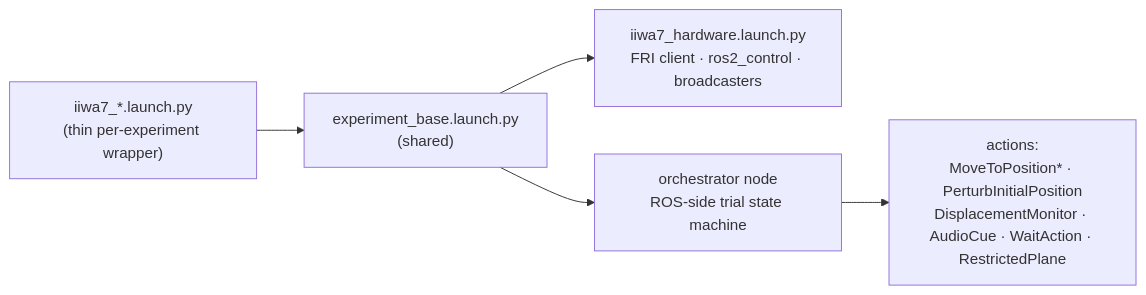
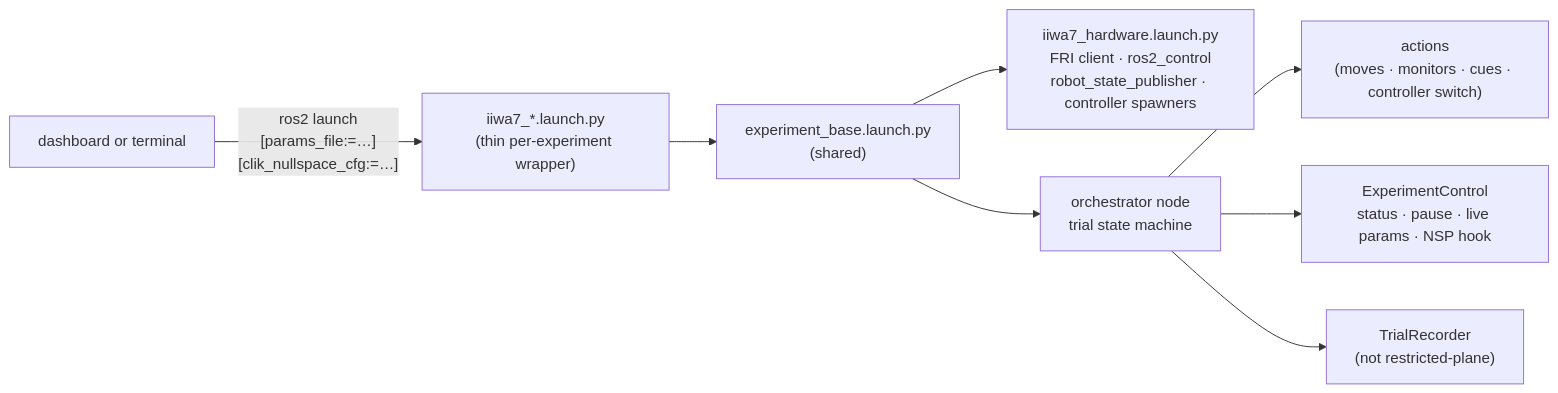
The second of 7 diagrams in README.md (sinthlab/sinthlab-kuka-stack), drawn with Mermaid before and after one commit. The commit also changed other lines of this file and 1 other file, not shown here.

````diff
--- a/README.md
+++ b/README.md
@@ -791,7 +964,10 @@
 ```mermaid
 flowchart LR
-    L["iiwa7_*.launch.py<br/>(thin per-experiment wrapper)"] --> B["experiment_base.launch.py<br/>(shared)"]
-    B --> HW["iiwa7_hardware.launch.py<br/>FRI client · ros2_control · broadcasters"]
-    B --> O["orchestrator node<br/>ROS-side trial state machine"]
-    O --> A["actions:<br/>MoveToPosition* · PerturbInitialPosition<br/>DisplacementMonitor · AudioCue · WaitAction · RestrictedPlane"]
+    D["dashboard or terminal"] -- "ros2 launch<br/>[params_file:=…]<br/>[clik_nullspace_cfg:=…]" --> L["iiwa7_*.launch.py<br/>(thin per-experiment wrapper)"]
+    L --> B["experiment_base.launch.py<br/>(shared)"]
+    B --> HW["iiwa7_hardware.launch.py<br/>FRI client · ros2_control<br/>robot_state_publisher · controller spawners"]
+    B --> O["orchestrator node<br/>trial state machine"]
+    O --> A["actions<br/>(moves · monitors · cues · controller switch)"]
+    O --> C["ExperimentControl<br/>status · pause · live params · NSP hook"]
+    O --> R["TrialRecorder<br/>(not restricted-plane)"]
 ```
````
